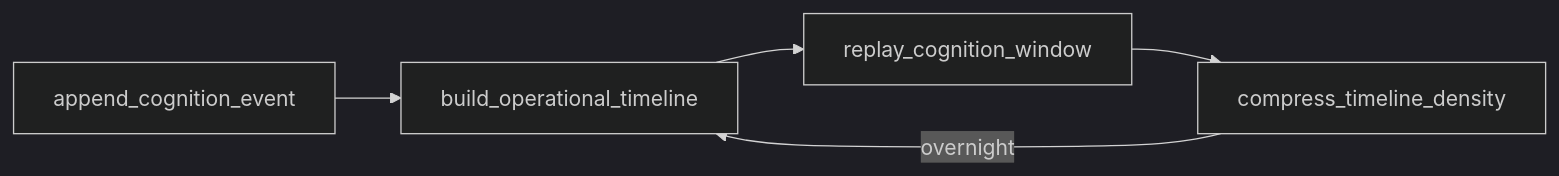
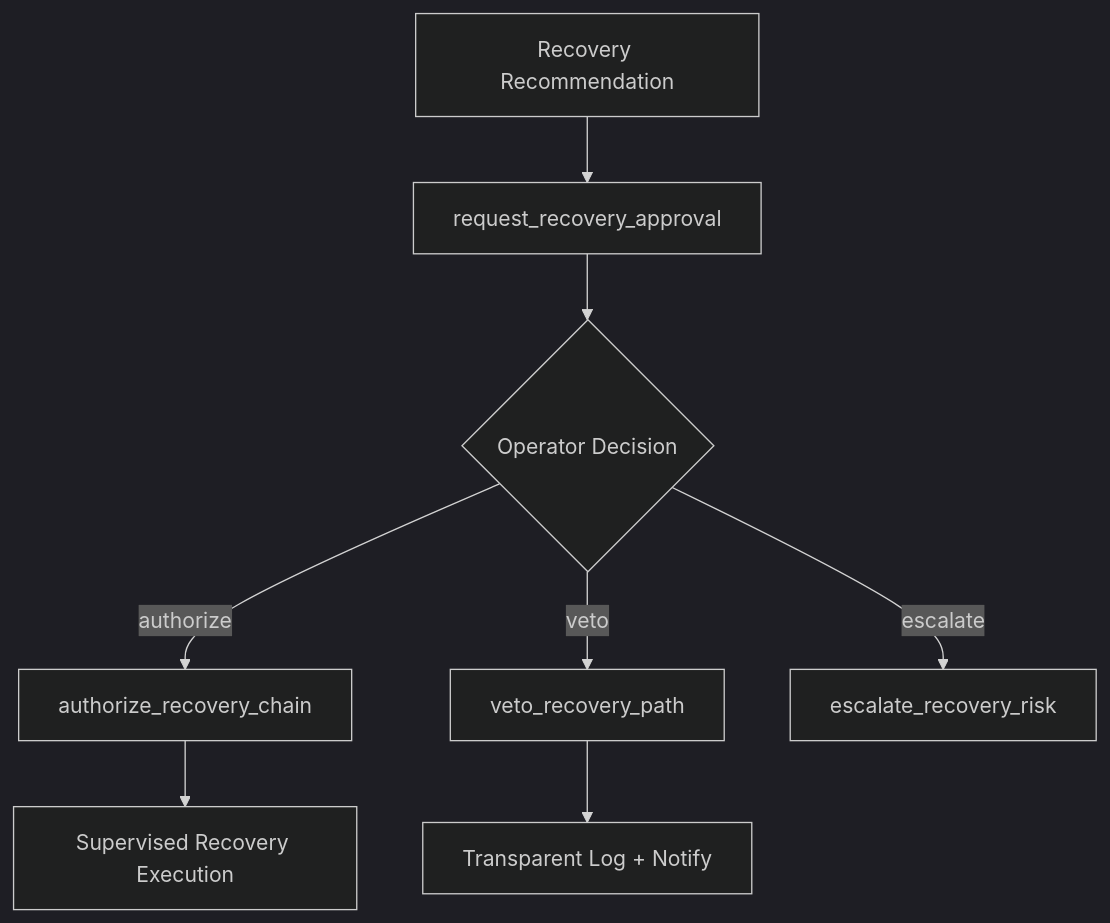
The sixth of 7 diagrams in README.md (FrostXMello/odin-runtime), drawn with Mermaid (dark theme) before and after one commit. The commit also changed other lines of this file and 27 other files, not shown here.

````diff
--- a/README.md
+++ b/README.md
@@ -187,7 +174,10 @@
 ```mermaid
-flowchart LR
-    A[append_cognition_event] --> B[build_operational_timeline]
-    B --> C[replay_cognition_window]
-    C --> D[compress_timeline_density]
-    D -->|overnight| B
+flowchart TB
+    REC[Recovery Recommendation] --> REQ[request_recovery_approval]
+    REQ --> OP{Operator Decision}
+    OP -->|authorize| AUTH[authorize_recovery_chain]
+    OP -->|veto| VETO[veto_recovery_path]
+    OP -->|escalate| ESC[escalate_recovery_risk]
+    AUTH --> EXEC[Supervised Recovery Execution]
+    VETO --> LOG[Transparent Log + Notify]
 ```
````
